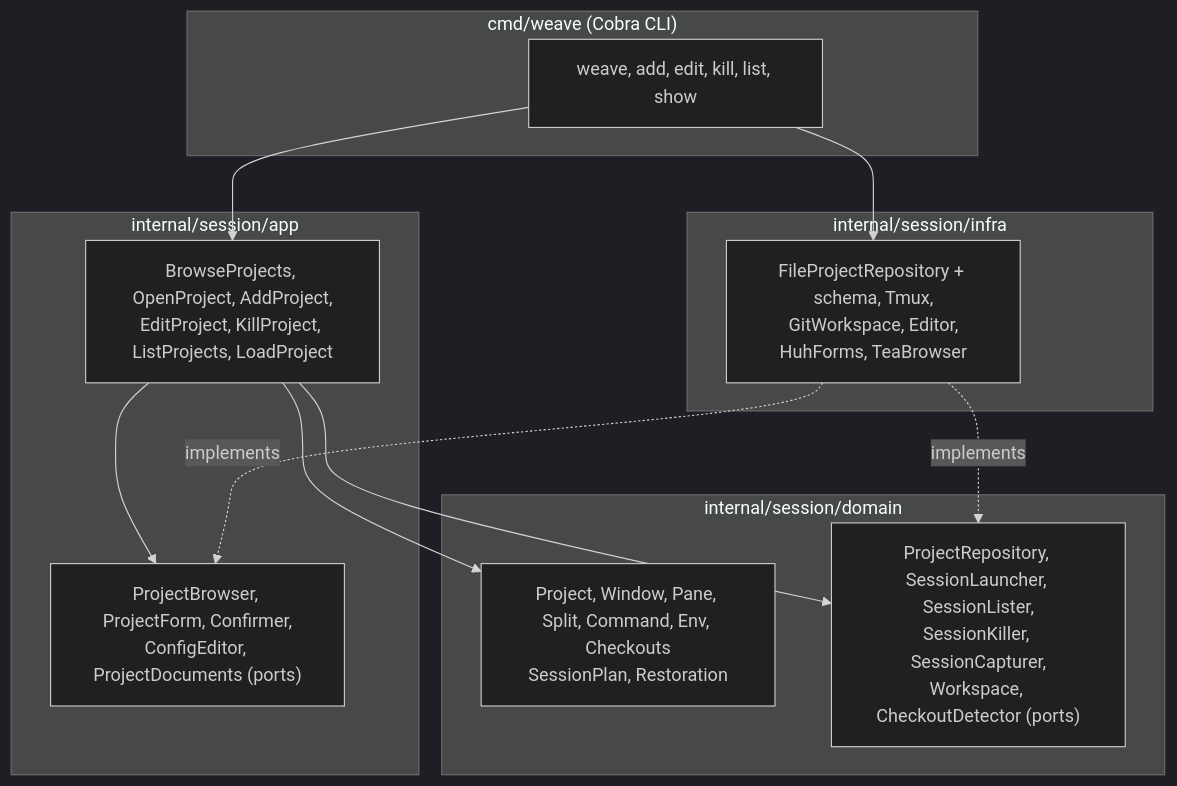
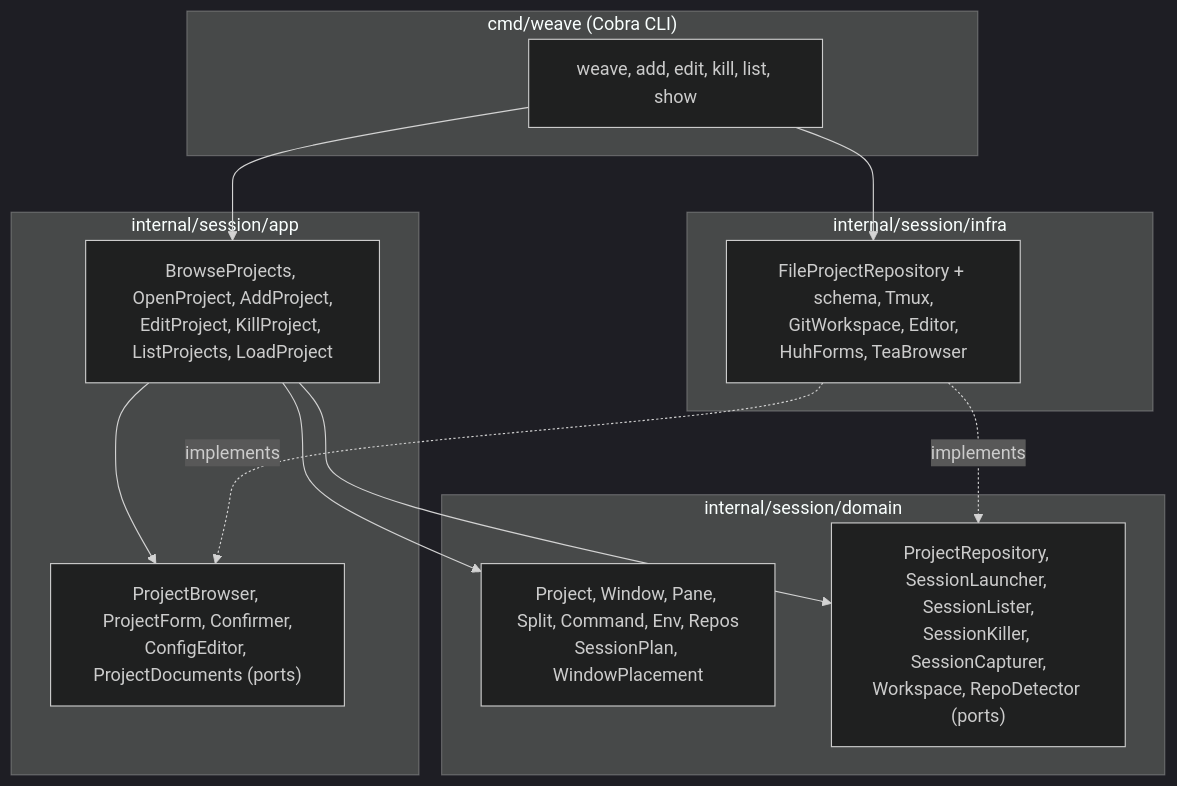
The diagram in README.md (medilies/weaver), drawn with Mermaid (dark theme) before and after one commit. The commit also changed 26 other files, not shown here.

First line of the commit message:
refactor(session): name checkouts repos, as configs do

````diff
--- a/README.md
+++ b/README.md
@@ -200,25 +200,25 @@
 ```mermaid
 graph TD
     subgraph cmd["cmd/weave (Cobra CLI)"]
         CLI["weave, add, edit, kill, list, show"]
     end
     subgraph app["internal/session/app"]
         UC["BrowseProjects, OpenProject, AddProject,<br/>EditProject, KillProject, ListProjects, LoadProject"]
         AP["ProjectBrowser, ProjectForm, Confirmer,<br/>ConfigEditor, ProjectDocuments (ports)"]
     end
     subgraph domain["internal/session/domain"]
-        M["Project, Window, Pane, Split, Command, Env, Checkouts<br/>SessionPlan, Restoration"]
-        DP["ProjectRepository, SessionLauncher, SessionLister,<br/>SessionKiller, SessionCapturer,<br/>Workspace, CheckoutDetector (ports)"]
+        M["Project, Window, Pane, Split, Command, Env, Repos<br/>SessionPlan, WindowPlacement"]
+        DP["ProjectRepository, SessionLauncher, SessionLister,<br/>SessionKiller, SessionCapturer,<br/>Workspace, RepoDetector (ports)"]
     end
     subgraph infra["internal/session/infra"]
         A["FileProjectRepository + schema, Tmux,<br/>GitWorkspace, Editor,<br/>HuhForms, TeaBrowser"]
     end
 
     CLI --> UC
     CLI --> A
     UC --> M
     UC --> DP
     UC --> AP
     A -.implements.-> DP
     A -.implements.-> AP
 ```
````
